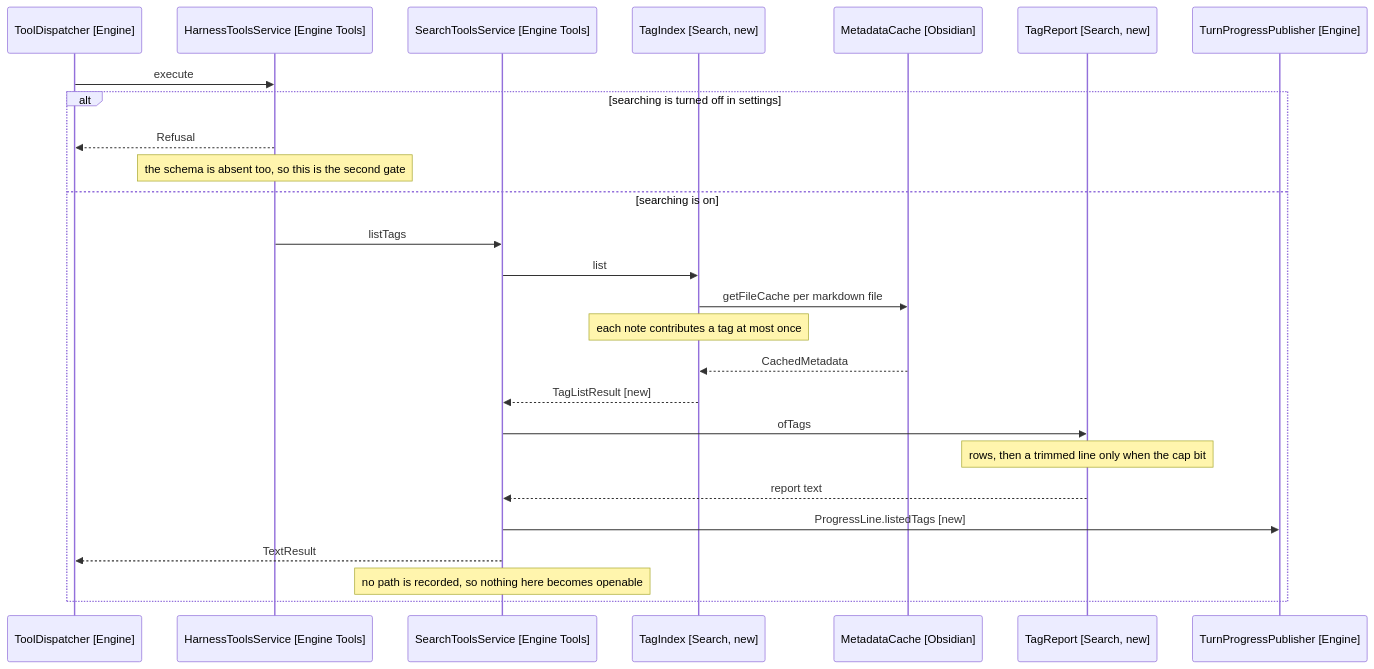
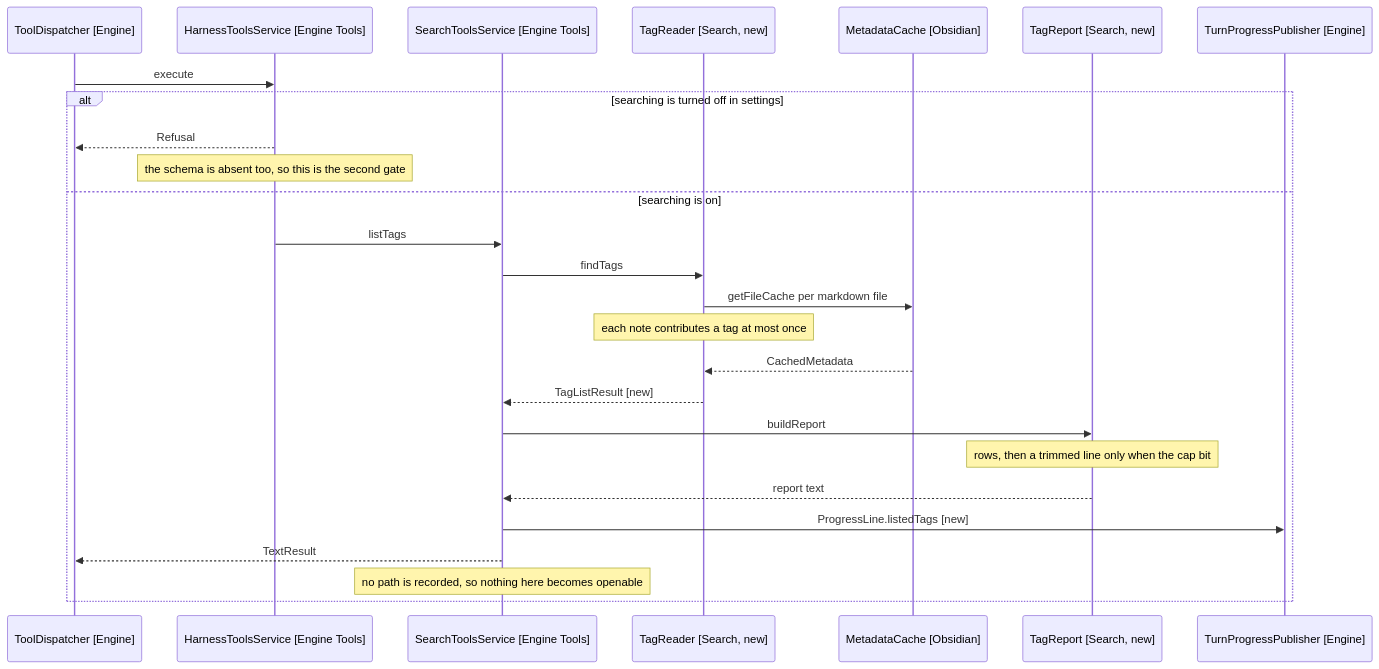
Before and after one commit to iparips/obsidian-tyto: the diagram in docs/spec/2-active/2026-09-18-suggesting-tags/5-design-listing-the-vaults-tags.md, drawn with Mermaid. The commit also changed other lines of this file and 2 other files, not shown here.

First line of the commit message:
Name the tag tool's types by the code-generation rules

````diff
--- a/docs/spec/2-active/2026-09-18-suggesting-tags/5-design-listing-the-vaults-tags.md
+++ b/docs/spec/2-active/2026-09-18-suggesting-tags/5-design-listing-the-vaults-tags.md
@@ -106,29 +106,29 @@
 ```mermaid
 sequenceDiagram
     participant Dispatcher as ToolDispatcher [Engine]
     participant Harness as HarnessToolsService [Engine Tools]
     participant Search as SearchToolsService [Engine Tools]
-    participant Index as TagIndex [Search, new]
+    participant Reader as TagReader [Search, new]
     participant Cache as MetadataCache [Obsidian]
     participant Report as TagReport [Search, new]
     participant Panel as TurnProgressPublisher [Engine]
 
     Dispatcher->>Harness: execute
     alt searching is turned off in settings
         Harness-->>Dispatcher: Refusal
         Note over Harness: the schema is absent too, so this is the second gate
     else searching is on
         Harness->>Search: listTags
-        Search->>Index: list
-        Index->>Cache: getFileCache per markdown file
-        Note over Index: each note contributes a tag at most once
-        Cache-->>Index: CachedMetadata
-        Index-->>Search: TagListResult [new]
-        Search->>Report: ofTags
+        Search->>Reader: findTags
+        Reader->>Cache: getFileCache per markdown file
+        Note over Reader: each note contributes a tag at most once
+        Cache-->>Reader: CachedMetadata
+        Reader-->>Search: TagListResult [new]
+        Search->>Report: buildReport
         Note over Report: rows, then a trimmed line only when the cap bit
         Report-->>Search: report text
         Search->>Panel: ProgressLine.listedTags [new]
         Search-->>Dispatcher: TextResult
         Note over Search: no path is recorded, so nothing here becomes openable
     end
 ```
````
